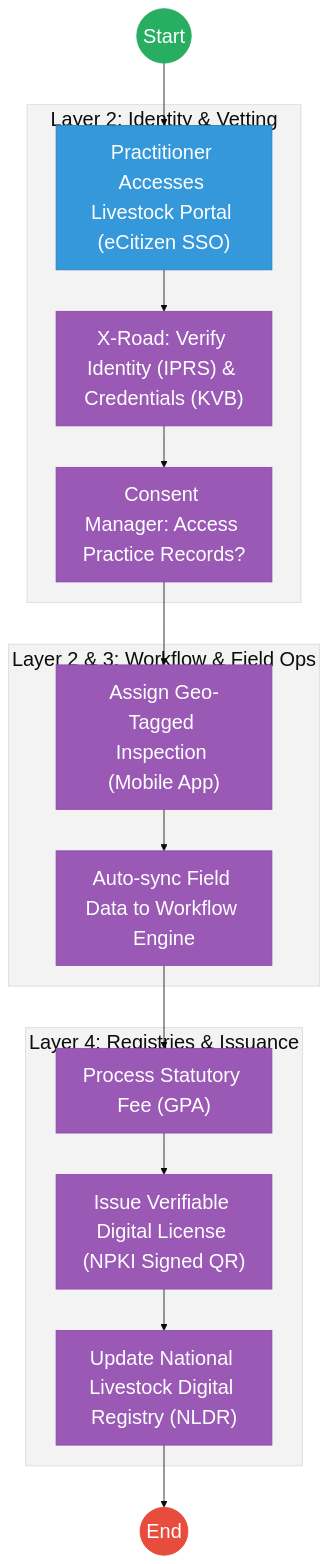
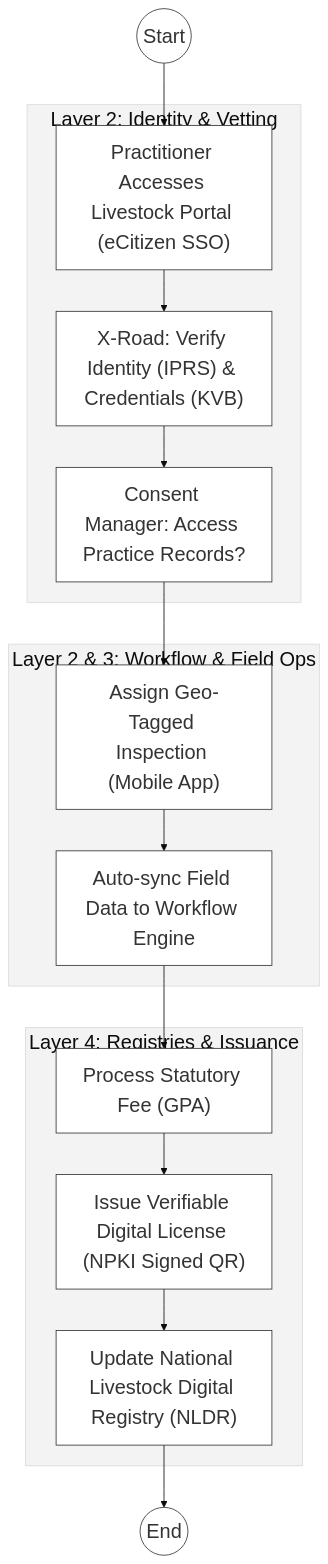
Before and after one commit to BITZ-IT-Consulting-LTD/ictapoc: the second of 2 diagrams in mdas/docs_final/priority_mdas/State_Department_for_Livestock_Development___Service_Delivery.md, drawn with Mermaid. The commit also changed other lines of this file and 37 other files, not shown here.

````diff
--- a/mdas/docs_final/priority_mdas/State_Department_for_Livestock_Development___Service_Delivery.md
+++ b/mdas/docs_final/priority_mdas/State_Department_for_Livestock_Development___Service_Delivery.md
@@ -62,33 +116,23 @@
 ```mermaid
 %%{init: { 'theme': 'base', 'themeVariables': { 'fontSize': '24px', 'fontFamily': 'Inter, system-ui, sans-serif', 'primaryColor': '#ffffff', 'edgeLabelBackground':'#ffffff', 'tertiaryColor': '#f3f3f3', 'mainBkg': '#ffffff', 'nodeBorder': '#333333' } } }%%
 flowchart TD
     Start((Start)) --> Portal["Practitioner Accesses Livestock Portal (eCitizen SSO)"]
     
     subgraph Trust_Hub["Layer 2: Identity & Vetting"]
         Portal --> Verify["X-Road: Verify Identity (IPRS) & Credentials (KVB)"]
         Verify --> Consent["Consent Manager: Access Practice Records?"]
     end
     
     subgraph Operations["Layer 2 & 3: Workflow & Field Ops"]
         Consent --> MobileInsp["Assign Geo-Tagged Inspection (Mobile App)"]
         MobileInsp --> Result["Auto-sync Field Data to Workflow Engine"]
     end
     
     subgraph Settlement["Layer 4: Registries & Issuance"]
         Result --> GPA["Process Statutory Fee (GPA)"]
         GPA --> License["Issue Verifiable Digital License (NPKI Signed QR)"]
         License --> Update["Update National Livestock Digital Registry (NLDR)"]
     end
     
     Update --> End((End))
-
-    classDef start fill:#27ae60,stroke:#27ae60,color:#fff,font-size:24px;;
-    classDef endNode fill:#e74c3c,stroke:#e74c3c,color:#fff,font-size:24px;;
-    classDef userTask fill:#3498db,stroke:#2980b9,color:#fff,font-size:24px;;
-    classDef serviceTask fill:#9b59b6,stroke:#8e44ad,color:#fff,font-size:24px;;
-    
-    class Start start;
-    class End endNode;
-    class Portal userTask;
-    class Verify,Consent,MobileInsp,Result,GPA,License,Update serviceTask;
 ```
````
